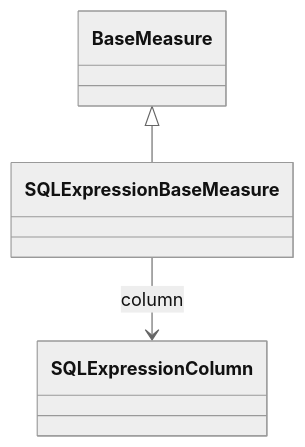
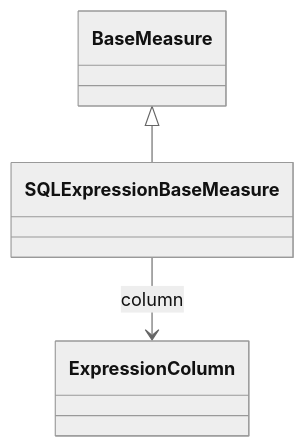
The diagram in docs/cubeserver/model/class-SQLExpressionBaseMeasure.md (eclipse-daanse/eclipse-daanse.github.io), drawn with Mermaid (neutral theme) before and after one commit. The commit also changed other lines of this file and 138 other files, not shown here.

````diff
--- a/docs/cubeserver/model/class-SQLExpressionBaseMeasure.md
+++ b/docs/cubeserver/model/class-SQLExpressionBaseMeasure.md
@@ -61,9 +64,9 @@
 ```mermaid
 classDiagram
   class SQLExpressionBaseMeasure {
   }
 
   BaseMeasure <|-- SQLExpressionBaseMeasure
-  SQLExpressionBaseMeasure --> SQLExpressionColumn : column
+  SQLExpressionBaseMeasure --> ExpressionColumn : column
 
 ```
````
